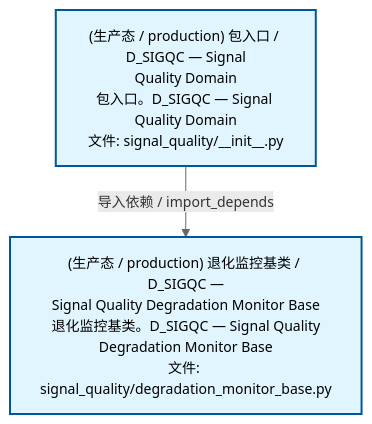
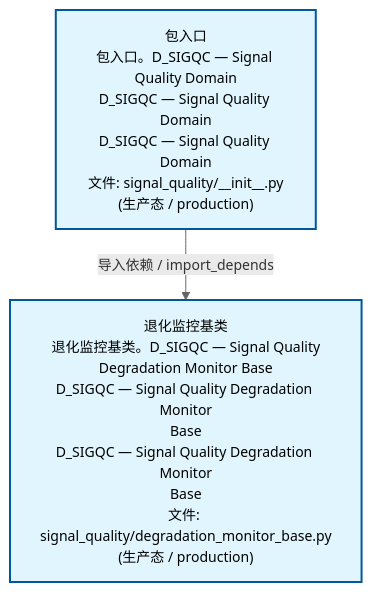
Before and after one commit to xuanFelixVan/ZephyrAlpha: the second of 3 diagrams in docs/02_enterprise_architecture/02_domain_architecture_docs/69_d_sigqc.md, drawn with Mermaid. The commit also changed other lines of this file and 62 other files, not shown here.

````diff
--- a/docs/02_enterprise_architecture/02_domain_architecture_docs/69_d_sigqc.md
+++ b/docs/02_enterprise_architecture/02_domain_architecture_docs/69_d_sigqc.md
@@ -75,12 +75,12 @@
 ```mermaid
 %%{init: {'theme': 'base', 'themeVariables': {'primaryColor': '#eaeaea', 'primaryTextColor': '#333333', 'primaryBorderColor': '#666666', 'lineColor': '#666666', 'secondaryColor': '#eaeaea', 'tertiaryColor': '#eaeaea', 'fontSize': '14px'}}}%%
 flowchart TD
-    src_zephyr_signal_quality_init_py["(生产态 / production) 包入口 / D_SIGQC — Signal<br/>Quality Domain<br/>包入口。D_SIGQC — Signal Quality Domain<br/>文件: signal_quality/__init__.py"]
-    src_zephyr_signal_quality_degradation_monitor_base_py["(生产态 / production) 退化监控基类 / D_SIGQC —<br/>Signal Quality Degradation Monitor Base<br/>退化监控基类。D_SIGQC — Signal Quality<br/>Degradation Monitor Base<br/>文件: signal_quality/degradation_monitor_base.py"]
+    src_zephyr_signal_quality_init_py["包入口<br/>包入口。D_SIGQC — Signal Quality Domain<br/>D_SIGQC — Signal Quality Domain<br/>D_SIGQC — Signal Quality Domain<br/>文件: signal_quality/__init__.py<br/>(生产态 / production)"]
+    src_zephyr_signal_quality_degradation_monitor_base_py["退化监控基类<br/>退化监控基类。D_SIGQC — Signal Quality<br/>Degradation Monitor Base<br/>D_SIGQC — Signal Quality Degradation Monitor<br/>Base<br/>D_SIGQC — Signal Quality Degradation Monitor<br/>Base<br/>文件: signal_quality/degradation_monitor_base.py<br/>(生产态 / production)"]
     src_zephyr_signal_quality_init_py -->|导入依赖 / import_depends| src_zephyr_signal_quality_degradation_monitor_base_py
     classDef production fill:#e1f5fe,stroke:#01579b,stroke-width:2px,color:#000
     classDef design fill:#fff3e0,stroke:#e65100,stroke-width:2px,color:#000,stroke-dasharray: 5 5
     classDef external_prod fill:#e8f4fd,stroke:#0277bd,stroke-width:1px,color:#000
     classDef external_design fill:#fff8e7,stroke:#ef6c00,stroke-width:1px,color:#000,stroke-dasharray: 5 5
     class src_zephyr_signal_quality_init_py,src_zephyr_signal_quality_degradation_monitor_base_py production
 ```
````
